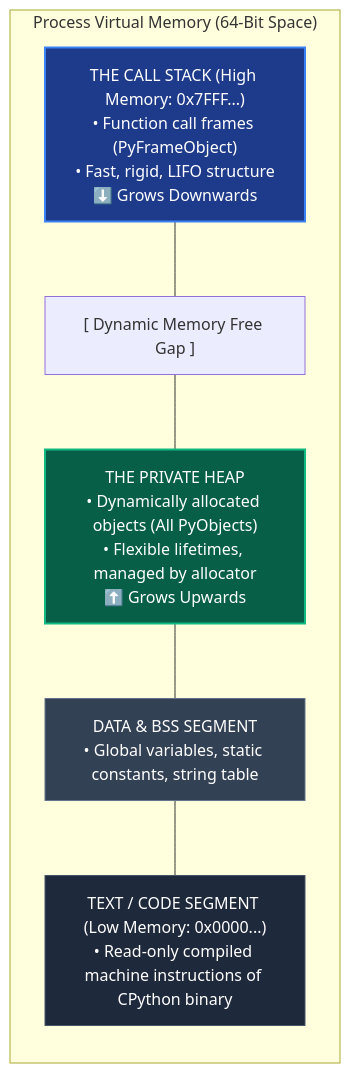
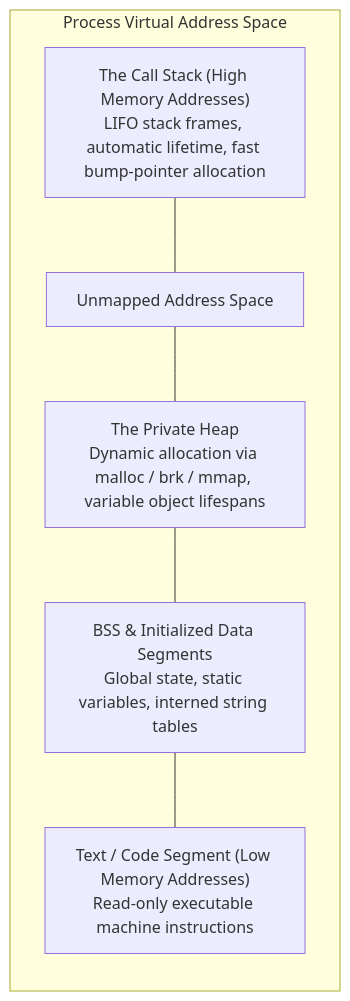
Before and after one commit to AchuAshwath/Cthru-Python: the first of 2 diagrams in src/content/docs/foundations/process-stack-and-heap.mdx, drawn with Mermaid. The commit also changed other lines of this file and 8 other files, not shown here.

````diff
--- a/src/content/docs/foundations/process-stack-and-heap.mdx
+++ b/src/content/docs/foundations/process-stack-and-heap.mdx
@@ -16,18 +14,13 @@
 ```mermaid
 flowchart TD
-    subgraph ProcessMemory["Process Virtual Memory (64-Bit Space)"]
+    subgraph Memory["Process Virtual Address Space"]
         direction TB
-        Stack["THE CALL STACK (High Memory: 0x7FFF...)<br/>• Function call frames (PyFrameObject)<br/>• Fast, rigid, LIFO structure<br/>⬇️ Grows Downwards"]
-        Gap["[ Dynamic Memory Free Gap ]"]
-        Heap["THE PRIVATE HEAP<br/>• Dynamically allocated objects (All PyObjects)<br/>• Flexible lifetimes, managed by allocator<br/>⬆️ Grows Upwards"]
-        Data["DATA & BSS SEGMENT<br/>• Global variables, static constants, string table"]
-        Text["TEXT / CODE SEGMENT (Low Memory: 0x0000...)<br/>• Read-only compiled machine instructions of CPython binary"]
+        Stack["The Call Stack (High Memory Addresses)<br/>LIFO stack frames, automatic lifetime, fast bump-pointer allocation"]
+        Unmapped["Unmapped Address Space"]
+        Heap["The Private Heap<br/>Dynamic allocation via malloc / brk / mmap, variable object lifespans"]
+        BSS["BSS & Initialized Data Segments<br/>Global state, static variables, interned string tables"]
+        Text["Text / Code Segment (Low Memory Addresses)<br/>Read-only executable machine instructions"]
     end
 
-    Stack --- Gap --- Heap --- Data --- Text
-
-    style Stack fill:#1e3a8a,stroke:#3b82f6,stroke-width:2px,color:#fff
-    style Heap fill:#065f46,stroke:#10b981,stroke-width:2px,color:#fff
-    style Data fill:#334155,stroke:#64748b,stroke-width:1px,color:#fff
-    style Text fill:#1e293b,stroke:#475569,stroke-width:1px,color:#fff
+    Stack --- Unmapped --- Heap --- BSS --- Text
 ```
````
